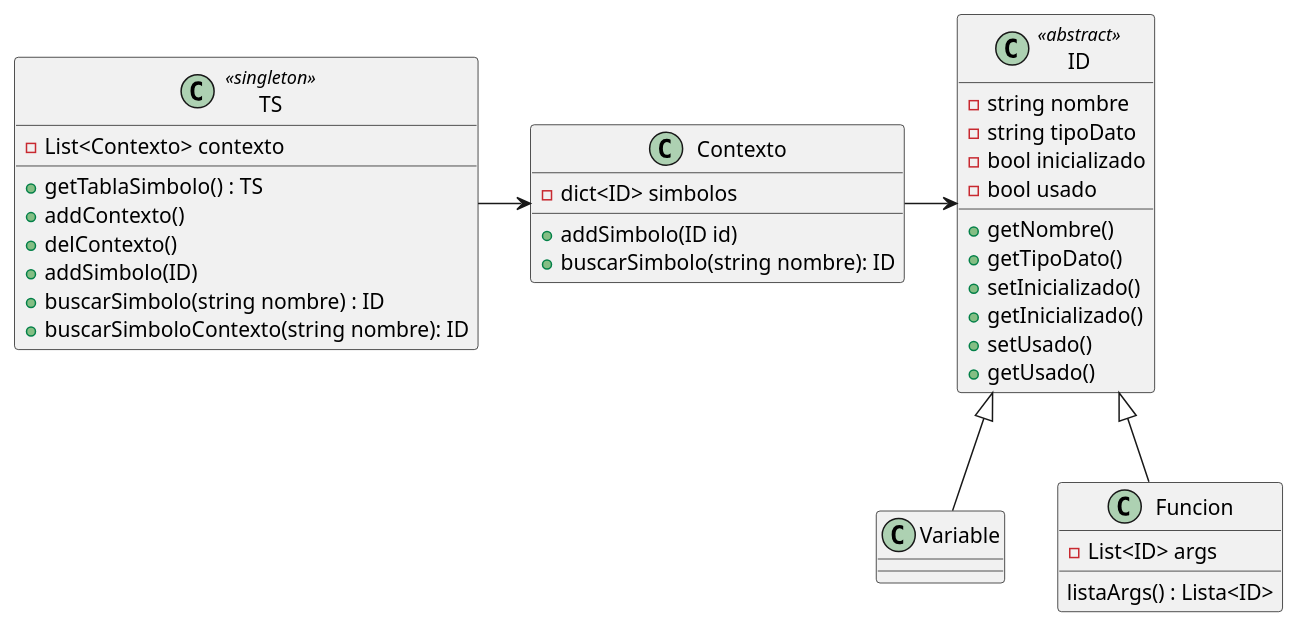
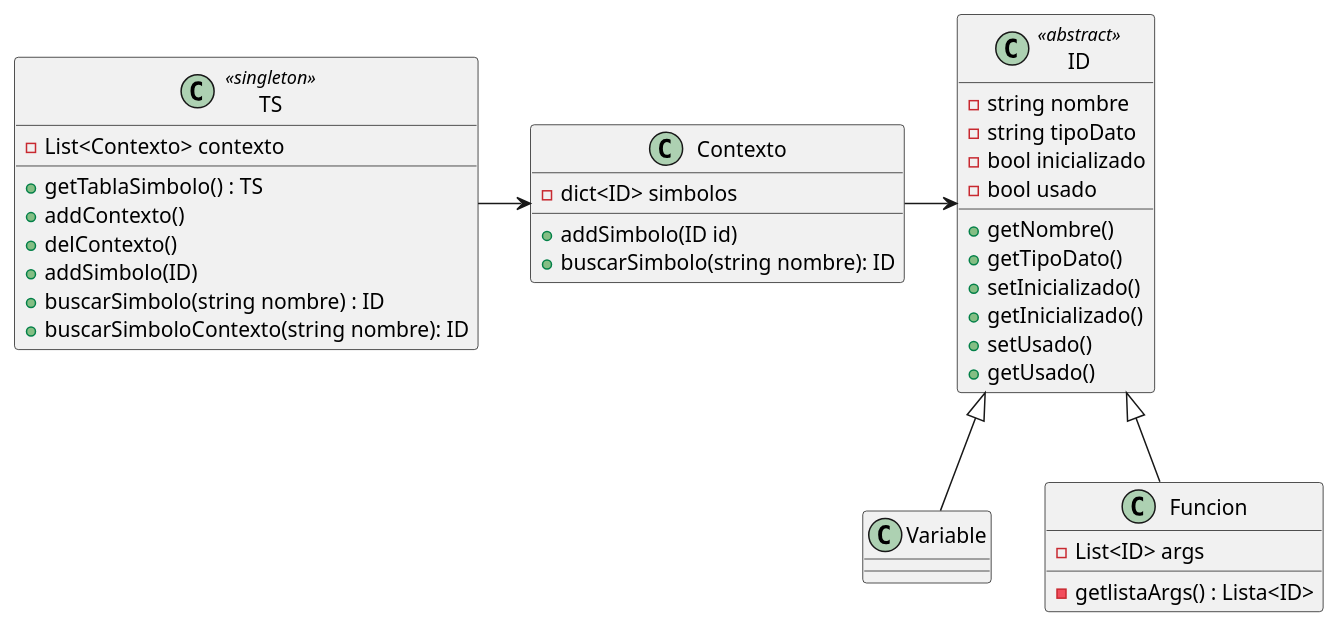
Before and after one commit to MarielRodriguez072/DHS: the diagram in compilador/src/main/python/TablaSimbolos.puml, drawn with PlantUML. The commit also changed 7 other files, not shown here.

```diff
--- a/compilador/src/main/python/TablaSimbolos.puml
+++ b/compilador/src/main/python/TablaSimbolos.puml
@@ -1,47 +1,47 @@
 @startuml TablaSimbolos
 
 class TS <<singleton>> {
     - List<Contexto> contexto
     + getTablaSimbolo() : TS
     + addContexto()
     + delContexto()
     + addSimbolo(ID)
     + buscarSimbolo(string nombre) : ID
     + buscarSimboloContexto(string nombre): ID
 
 }
 
 class Contexto {
     - dict<ID> simbolos
     + addSimbolo(ID id)
     + buscarSimbolo(string nombre): ID
 }
 
 class ID <<abstract>> {
     - string nombre
     - string tipoDato
     - bool inicializado
     - bool usado 
     + getNombre()
     + getTipoDato()
     + setInicializado()
     + getInicializado()
     + setUsado()
     + getUsado()
 }
 
 class Variable {
 
 }
 
 class Funcion {
     - List<ID> args
-    listaArgs() : Lista<ID>
+    - getlistaArgs() : Lista<ID>
 }
 
 TS -right-> Contexto
 Contexto -right-> ID
 ID <|-- Variable
 ID <|-- Funcion
 
 @enduml
```
